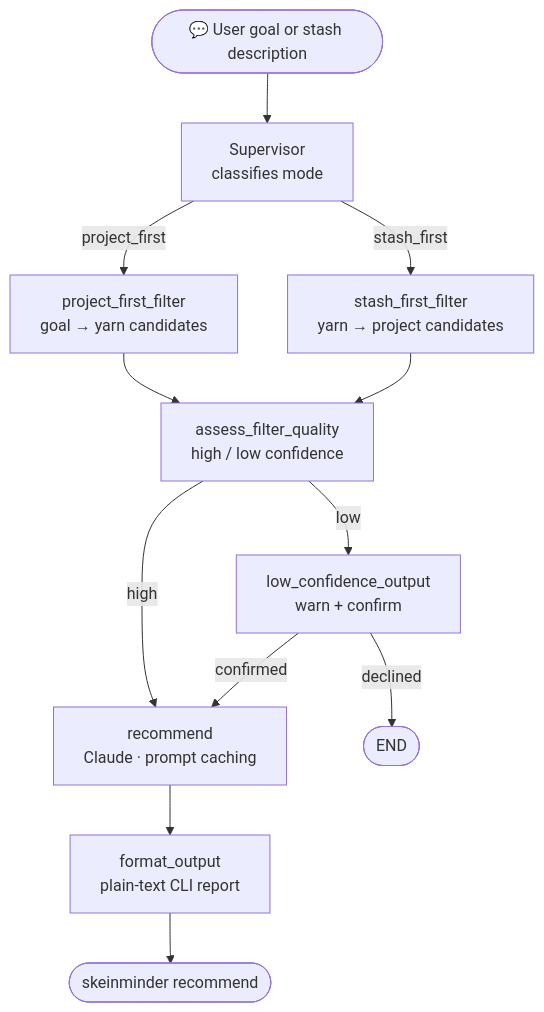
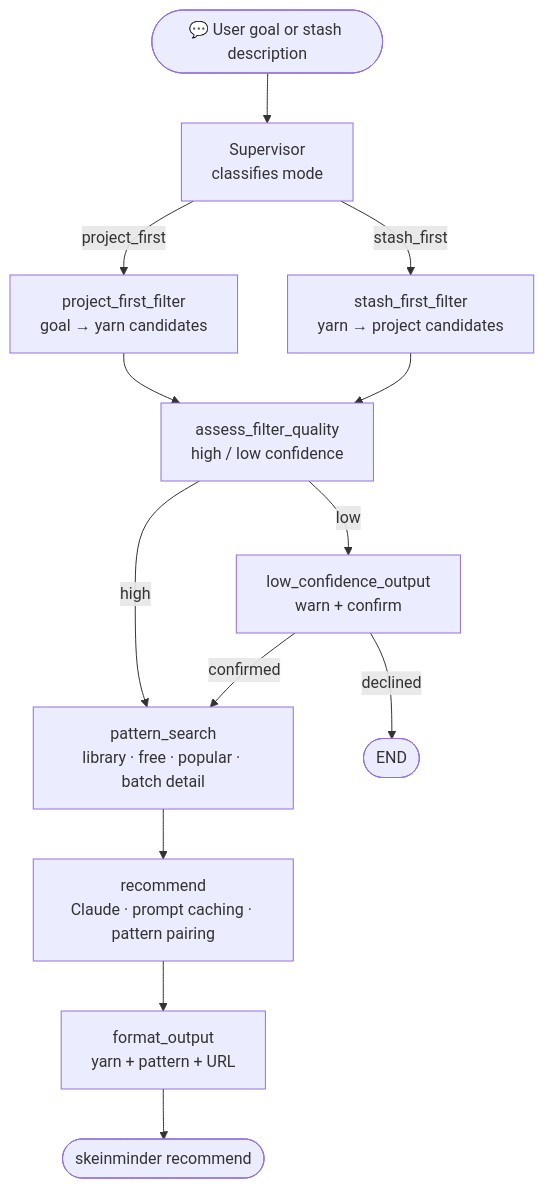
The first of 2 diagrams in README.md (ReneeErnst/skein-minder), drawn with Mermaid before and after one commit. The commit also changed other lines of this file and 2 other files, not shown here.

First line of the commit message:
docs: update RESEARCH.md, CLAUDE.md, README.md for Phase 6b

````diff
--- a/README.md
+++ b/README.md
@@ -11,23 +11,25 @@
 ```mermaid
 flowchart TD
     User(["💬 User goal or stash description"])
     Supervisor["Supervisor\nclassifies mode"]
     PFF["project_first_filter\ngoal → yarn candidates"]
     SFF["stash_first_filter\nyarn → project candidates"]
     AQ["assess_filter_quality\nhigh / low confidence"]
     LCO["low_confidence_output\nwarn + confirm"]
-    Rec["recommend\nClaude · prompt caching"]
-    Fmt["format_output\nplain-text CLI report"]
+    PS["pattern_search\nlibrary · free · popular · batch detail"]
+    Rec["recommend\nClaude · prompt caching · pattern pairing"]
+    Fmt["format_output\nyarn + pattern + URL"]
 
     User --> Supervisor
     Supervisor -->|project_first| PFF
     Supervisor -->|stash_first| SFF
     PFF --> AQ
     SFF --> AQ
-    AQ -->|high| Rec
+    AQ -->|high| PS
     AQ -->|low| LCO
-    LCO -->|confirmed| Rec
+    LCO -->|confirmed| PS
     LCO -->|declined| END(["END"])
+    PS --> Rec
     Rec --> Fmt
     Fmt --> CLI(["skeinminder recommend"])
 ```
````
